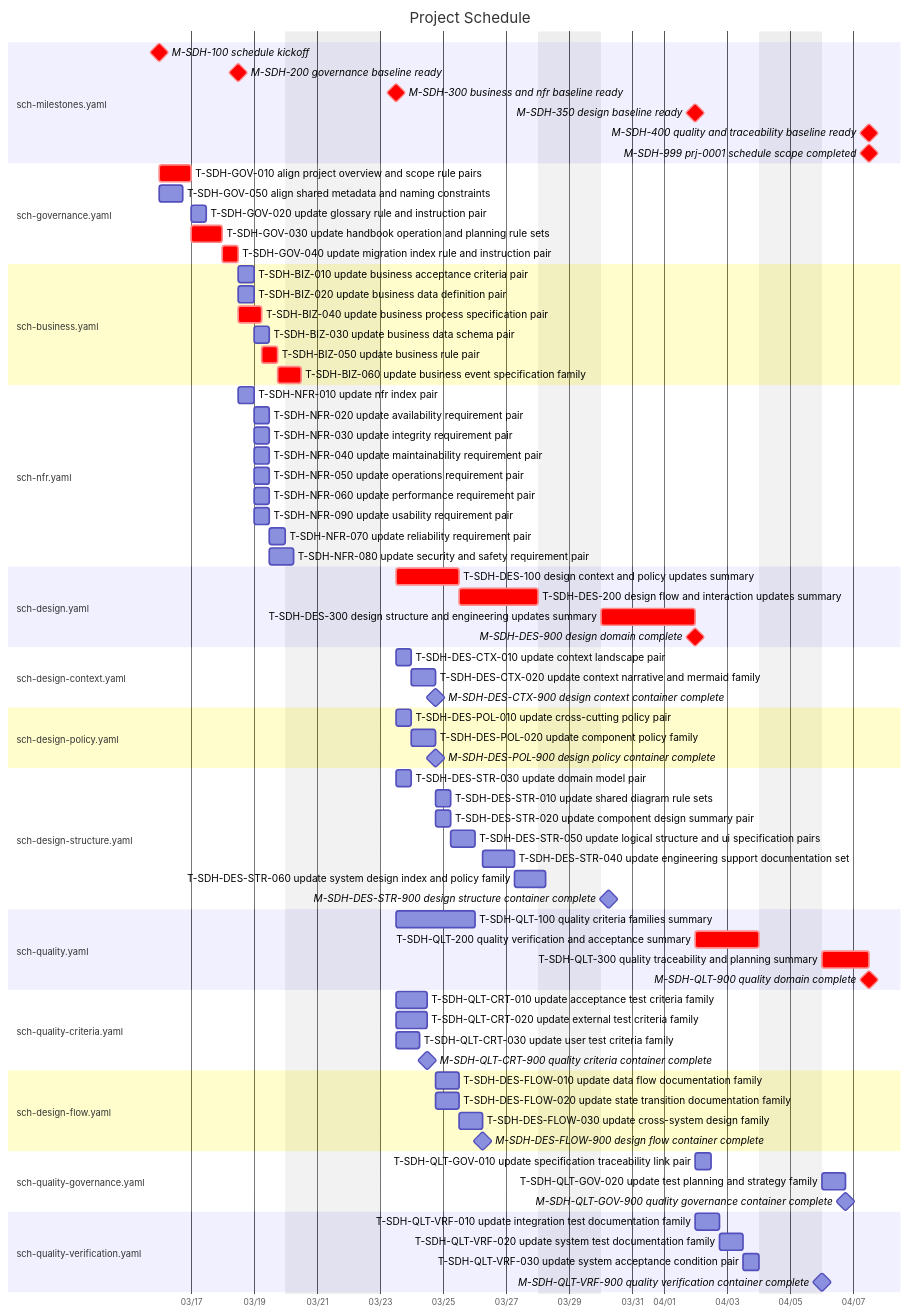
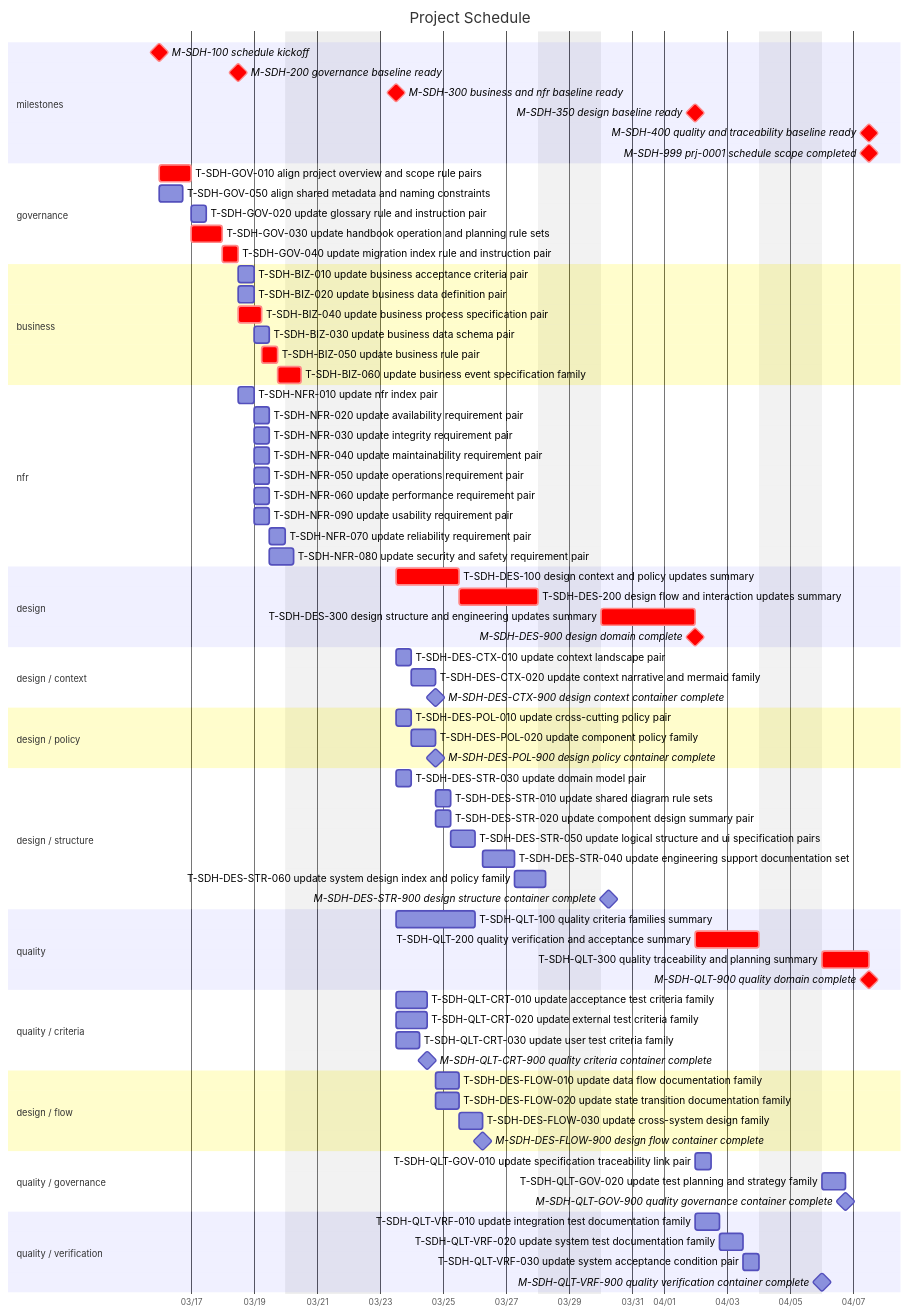
Before and after one commit to specdojo/spec-dojo-handbook: the diagram in docs/ja/sdh-ja-projects/prj-0001/070-execution/generated/gantt.md, drawn with Mermaid. The commit also changed 3 other files, not shown here.

Commit message:
feat: ganttのsectionタイトルの変更

```diff
--- a/docs/ja/sdh-ja-projects/prj-0001/070-execution/generated/gantt.md
+++ b/docs/ja/sdh-ja-projects/prj-0001/070-execution/generated/gantt.md
@@ -13,27 +13,27 @@
   dateFormat YYYY-MM-DD HH:mm
   axisFormat %m/%d
   excludes sunday, saturday, 2026-03-20
-  section sch-milestones.yaml
+  section milestones
   M-SDH-100 schedule kickoff : crit, milestone, task_M-SDH-100, 2026-03-16 00:00, 0d
   M-SDH-200 governance baseline ready : crit, milestone, task_M-SDH-200, 2026-03-18 12:00, 0d
   M-SDH-300 business and nfr baseline ready : crit, milestone, task_M-SDH-300, 2026-03-23 12:00, 0d
   M-SDH-350 design baseline ready : crit, milestone, task_M-SDH-350, 2026-04-02 00:00, 0d
   M-SDH-400 quality and traceability baseline ready : crit, milestone, task_M-SDH-400, 2026-04-07 12:00, 0d
   M-SDH-999 prj-0001 schedule scope completed : crit, milestone, task_M-SDH-999, 2026-04-07 12:00, 0d
-  section sch-governance.yaml
+  section governance
   T-SDH-GOV-010 align project overview and scope rule pairs : crit, task_T-SDH-GOV-010, 2026-03-16 00:00, 1d
   T-SDH-GOV-050 align shared metadata and naming constraints : task_T-SDH-GOV-050, 2026-03-16 00:00, 18h
   T-SDH-GOV-020 update glossary rule and instruction pair : task_T-SDH-GOV-020, 2026-03-17 00:00, 12h
   T-SDH-GOV-030 update handbook operation and planning rule sets : crit, task_T-SDH-GOV-030, 2026-03-17 00:00, 1d
   T-SDH-GOV-040 update migration index rule and instruction pair : crit, task_T-SDH-GOV-040, 2026-03-18 00:00, 12h
-  section sch-business.yaml
+  section business
   T-SDH-BIZ-010 update business acceptance criteria pair : task_T-SDH-BIZ-010, 2026-03-18 12:00, 12h
   T-SDH-BIZ-020 update business data definition pair : task_T-SDH-BIZ-020, 2026-03-18 12:00, 12h
   T-SDH-BIZ-040 update business process specification pair : crit, task_T-SDH-BIZ-040, 2026-03-18 12:00, 18h
   T-SDH-BIZ-030 update business data schema pair : task_T-SDH-BIZ-030, 2026-03-19 00:00, 12h
   T-SDH-BIZ-050 update business rule pair : crit, task_T-SDH-BIZ-050, 2026-03-19 06:00, 12h
   T-SDH-BIZ-060 update business event specification family : crit, task_T-SDH-BIZ-060, 2026-03-19 18:00, 18h
-  section sch-nfr.yaml
+  section nfr
   T-SDH-NFR-010 update nfr index pair : task_T-SDH-NFR-010, 2026-03-18 12:00, 12h
   T-SDH-NFR-020 update availability requirement pair : task_T-SDH-NFR-020, 2026-03-19 00:00, 12h
   T-SDH-NFR-030 update integrity requirement pair : task_T-SDH-NFR-030, 2026-03-19 00:00, 12h
@@ -43,20 +43,20 @@
   T-SDH-NFR-090 update usability requirement pair : task_T-SDH-NFR-090, 2026-03-19 00:00, 12h
   T-SDH-NFR-070 update reliability requirement pair : task_T-SDH-NFR-070, 2026-03-19 12:00, 12h
   T-SDH-NFR-080 update security and safety requirement pair : task_T-SDH-NFR-080, 2026-03-19 12:00, 18h
-  section sch-design.yaml
+  section design
   T-SDH-DES-100 design context and policy updates summary : crit, task_T-SDH-DES-100, 2026-03-23 12:00, 2d
   T-SDH-DES-200 design flow and interaction updates summary : crit, task_T-SDH-DES-200, 2026-03-25 12:00, 60h
   T-SDH-DES-300 design structure and engineering updates summary : crit, task_T-SDH-DES-300, 2026-03-30 00:00, 3d
   M-SDH-DES-900 design domain complete : crit, milestone, task_M-SDH-DES-900, 2026-04-02 00:00, 0d
-  section sch-design-context.yaml
+  section design / context
   T-SDH-DES-CTX-010 update context landscape pair : task_T-SDH-DES-CTX-010, 2026-03-23 12:00, 12h
   T-SDH-DES-CTX-020 update context narrative and mermaid family : task_T-SDH-DES-CTX-020, 2026-03-24 00:00, 18h
   M-SDH-DES-CTX-900 design context container complete : milestone, task_M-SDH-DES-CTX-900, 2026-03-24 18:00, 0d
-  section sch-design-policy.yaml
+  section design / policy
   T-SDH-DES-POL-010 update cross-cutting policy pair : task_T-SDH-DES-POL-010, 2026-03-23 12:00, 12h
   T-SDH-DES-POL-020 update component policy family : task_T-SDH-DES-POL-020, 2026-03-24 00:00, 18h
   M-SDH-DES-POL-900 design policy container complete : milestone, task_M-SDH-DES-POL-900, 2026-03-24 18:00, 0d
-  section sch-design-structure.yaml
+  section design / structure
   T-SDH-DES-STR-030 update domain model pair : task_T-SDH-DES-STR-030, 2026-03-23 12:00, 12h
   T-SDH-DES-STR-010 update shared diagram rule sets : task_T-SDH-DES-STR-010, 2026-03-24 18:00, 12h
   T-SDH-DES-STR-020 update component design summary pair : task_T-SDH-DES-STR-020, 2026-03-24 18:00, 12h
@@ -64,26 +64,26 @@
   T-SDH-DES-STR-040 update engineering support documentation set : task_T-SDH-DES-STR-040, 2026-03-26 06:00, 1d
   T-SDH-DES-STR-060 update system design index and policy family : task_T-SDH-DES-STR-060, 2026-03-27 06:00, 1d
   M-SDH-DES-STR-900 design structure container complete : milestone, task_M-SDH-DES-STR-900, 2026-03-30 06:00, 0d
-  section sch-quality.yaml
+  section quality
   T-SDH-QLT-100 quality criteria families summary : task_T-SDH-QLT-100, 2026-03-23 12:00, 60h
   T-SDH-QLT-200 quality verification and acceptance summary : crit, task_T-SDH-QLT-200, 2026-04-02 00:00, 2d
   T-SDH-QLT-300 quality traceability and planning summary : crit, task_T-SDH-QLT-300, 2026-04-06 00:00, 36h
   M-SDH-QLT-900 quality domain complete : crit, milestone, task_M-SDH-QLT-900, 2026-04-07 12:00, 0d
-  section sch-quality-criteria.yaml
+  section quality / criteria
   T-SDH-QLT-CRT-010 update acceptance test criteria family : task_T-SDH-QLT-CRT-010, 2026-03-23 12:00, 1d
   T-SDH-QLT-CRT-020 update external test criteria family : task_T-SDH-QLT-CRT-020, 2026-03-23 12:00, 1d
   T-SDH-QLT-CRT-030 update user test criteria family : task_T-SDH-QLT-CRT-030, 2026-03-23 12:00, 18h
   M-SDH-QLT-CRT-900 quality criteria container complete : milestone, task_M-SDH-QLT-CRT-900, 2026-03-24 12:00, 0d
-  section sch-design-flow.yaml
+  section design / flow
   T-SDH-DES-FLOW-010 update data flow documentation family : task_T-SDH-DES-FLOW-010, 2026-03-24 18:00, 18h
   T-SDH-DES-FLOW-020 update state transition documentation family : task_T-SDH-DES-FLOW-020, 2026-03-24 18:00, 18h
   T-SDH-DES-FLOW-030 update cross-system design family : task_T-SDH-DES-FLOW-030, 2026-03-25 12:00, 18h
   M-SDH-DES-FLOW-900 design flow container complete : milestone, task_M-SDH-DES-FLOW-900, 2026-03-26 06:00, 0d
-  section sch-quality-governance.yaml
+  section quality / governance
   T-SDH-QLT-GOV-010 update specification traceability link pair : task_T-SDH-QLT-GOV-010, 2026-04-02 00:00, 12h
   T-SDH-QLT-GOV-020 update test planning and strategy family : task_T-SDH-QLT-GOV-020, 2026-04-06 00:00, 18h
   M-SDH-QLT-GOV-900 quality governance container complete : milestone, task_M-SDH-QLT-GOV-900, 2026-04-06 18:00, 0d
-  section sch-quality-verification.yaml
+  section quality / verification
   T-SDH-QLT-VRF-010 update integration test documentation family : task_T-SDH-QLT-VRF-010, 2026-04-02 00:00, 18h
   T-SDH-QLT-VRF-020 update system test documentation family : task_T-SDH-QLT-VRF-020, 2026-04-02 18:00, 18h
   T-SDH-QLT-VRF-030 update system acceptance condition pair : task_T-SDH-QLT-VRF-030, 2026-04-03 12:00, 12h
```
